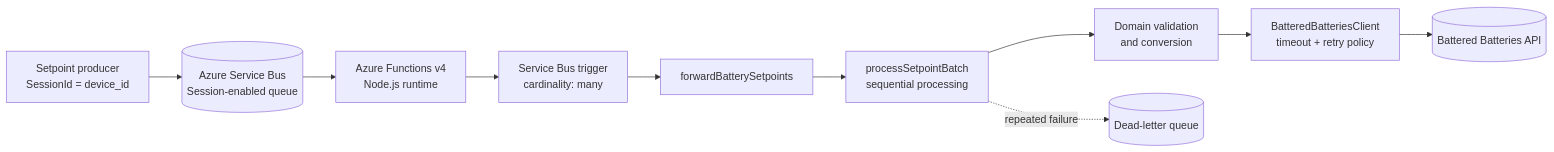
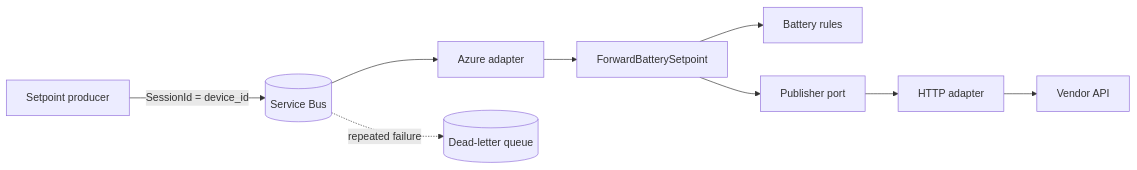
The diagram in README.md (GhodratRezaei/ForwardBatterySetPoints), drawn with Mermaid before and after one commit. The commit also changed other lines of this file and 57 other files, not shown here.

````diff
--- a/README.md
+++ b/README.md
@@ -40,23 +7,11 @@
 ```mermaid
 flowchart LR
-    Producer[Setpoint producer\nSessionId = device_id]
-    Queue[(Azure Service Bus\nSession-enabled queue)]
-    Runtime[Azure Functions v4\nNode.js runtime]
-    Trigger[Service Bus trigger\ncardinality: many]
-    Handler[forwardBatterySetpoints]
-    Batch[processSetpointBatch\nsequential processing]
-    Domain[Domain validation\nand conversion]
-    Client[BatteredBatteriesClient\ntimeout + retry policy]
-    API[(Battered Batteries API)]
-    DeadLetter[(Dead-letter queue)]
-
-    Producer --> Queue
-    Queue --> Runtime
-    Runtime --> Trigger
-    Trigger --> Handler
-    Handler --> Batch
-    Batch --> Domain
-    Domain --> Client
-    Client --> API
-    Batch -. repeated failure .-> DeadLetter
+    Producer[Setpoint producer] -->|SessionId = device_id| Queue[(Service Bus)]
+    Queue --> Trigger[Azure adapter]
+    Trigger --> UseCase[ForwardBatterySetpoint]
+    UseCase --> Domain[Battery rules]
+    UseCase --> Port[Publisher port]
+    Port --> HTTP[HTTP adapter]
+    HTTP --> Vendor[Vendor API]
+    Queue -. repeated failure .-> DLQ[(Dead-letter queue)]
 ```
````
